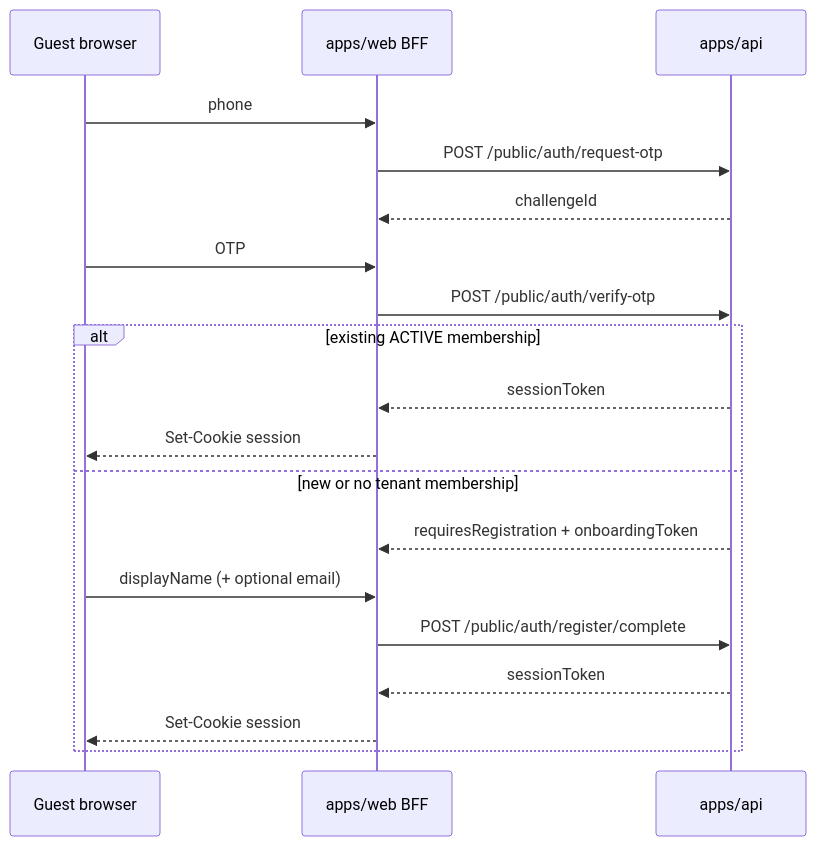
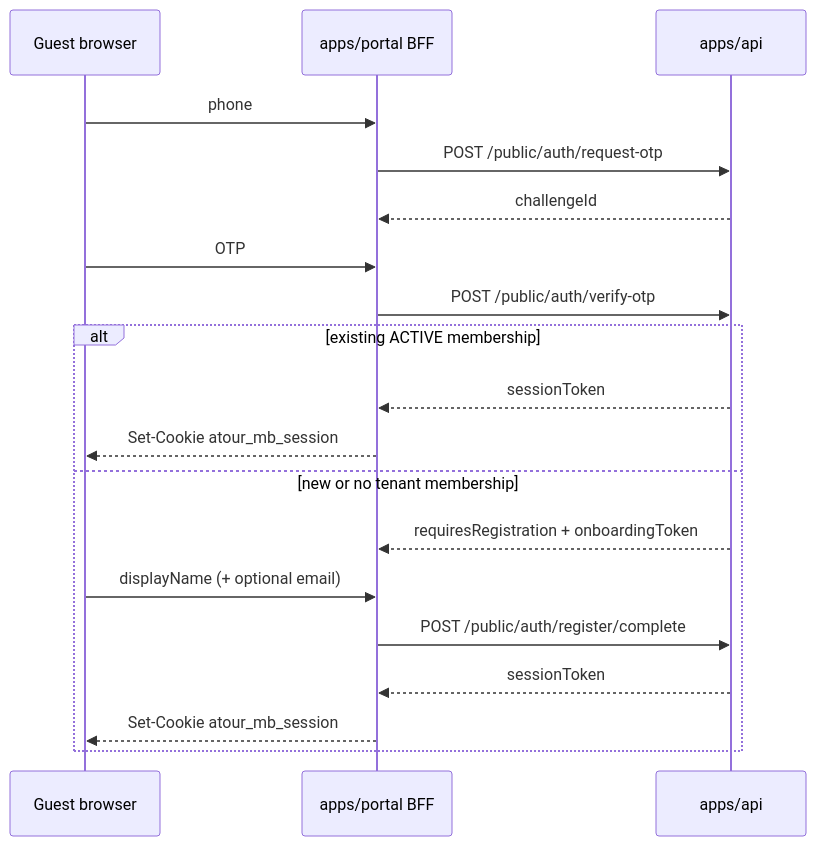
The first of 3 diagrams in docs/workspaces/denali/public-catalog.md (hrokhbakhsh1991/docs), drawn with Mermaid before and after one commit. The commit also changed other lines of this file and 718 other files, not shown here.

````diff
--- a/docs/workspaces/denali/public-catalog.md
+++ b/docs/workspaces/denali/public-catalog.md
@@ -163,22 +166,22 @@
 ```mermaid
 sequenceDiagram
   participant U as Guest browser
-  participant W as apps/web BFF
+  participant P as apps/portal BFF
   participant A as apps/api
 
-  U->>W: phone
-  W->>A: POST /public/auth/request-otp
-  A-->>W: challengeId
-  U->>W: OTP
-  W->>A: POST /public/auth/verify-otp
+  U->>P: phone
+  P->>A: POST /public/auth/request-otp
+  A-->>P: challengeId
+  U->>P: OTP
+  P->>A: POST /public/auth/verify-otp
   alt existing ACTIVE membership
-    A-->>W: sessionToken
-    W-->>U: Set-Cookie session
+    A-->>P: sessionToken
+    P-->>U: Set-Cookie atour_mb_session
   else new or no tenant membership
-    A-->>W: requiresRegistration + onboardingToken
-    U->>W: displayName (+ optional email)
-    W->>A: POST /public/auth/register/complete
-    A-->>W: sessionToken
-    W-->>U: Set-Cookie session
+    A-->>P: requiresRegistration + onboardingToken
+    U->>P: displayName (+ optional email)
+    P->>A: POST /public/auth/register/complete
+    A-->>P: sessionToken
+    P-->>U: Set-Cookie atour_mb_session
   end
 ```
````
